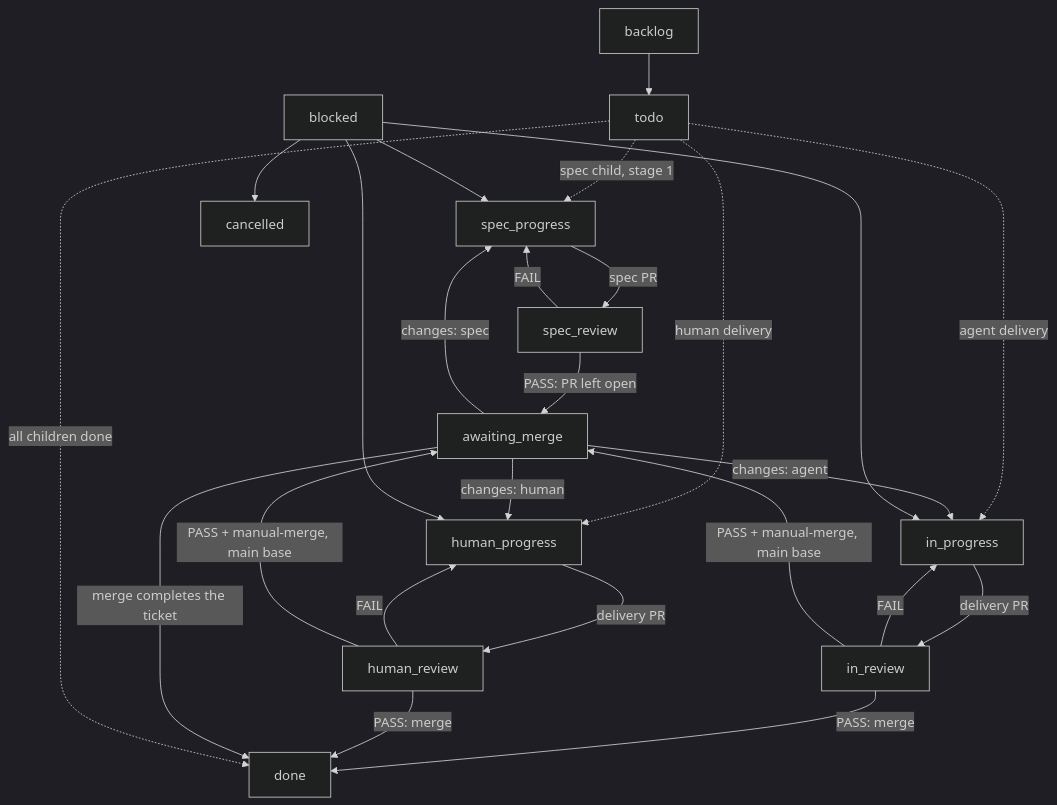
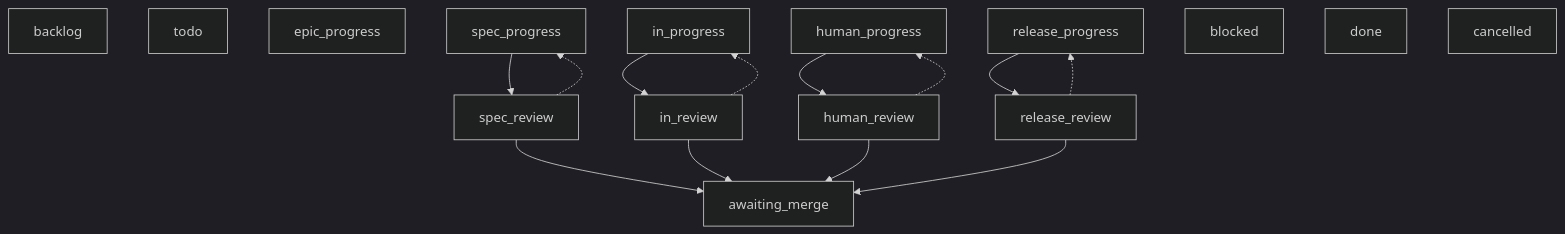
One commit to miran248/multica-workspace changed the diagram in docs/factory.md. Above: the diagram before and after it, drawn with Mermaid (dark theme). The commit also changed other lines of this file and 39 other files, not shown here.

````diff
--- a/docs/factory.md
+++ b/docs/factory.md
@@ -20,27 +25,31 @@
 ```mermaid
 flowchart TD
-  backlog --> todo
-  todo -.->|"spec child, stage 1"| spec_progress
-  todo -.->|"agent delivery"| in_progress
-  todo -.->|"human delivery"| human_progress
-  spec_progress -->|"spec PR"| spec_review
-  spec_review -->|"FAIL"| spec_progress
-  spec_review -->|"PASS: PR left open"| awaiting_merge
-  in_progress -->|"delivery PR"| in_review
-  human_progress -->|"delivery PR"| human_review
-  in_review -->|"FAIL"| in_progress
-  human_review -->|"FAIL"| human_progress
-  in_review -->|"PASS + manual-merge, main base"| awaiting_merge
-  human_review -->|"PASS + manual-merge, main base"| awaiting_merge
-  in_review -->|"PASS: merge"| done
-  human_review -->|"PASS: merge"| done
-  awaiting_merge -->|"merge completes the ticket"| done
-  awaiting_merge -->|"changes: spec"| spec_progress
-  awaiting_merge -->|"changes: agent"| in_progress
-  awaiting_merge -->|"changes: human"| human_progress
-  blocked --> spec_progress
-  blocked --> human_progress
-  blocked --> in_progress
-  blocked --> cancelled
-  todo -.->|"all children done"| done
+  backlog
+  todo
+  epic_progress
+  spec_progress
+  spec_review
+  in_progress
+  human_progress
+  release_progress
+  in_review
+  human_review
+  release_review
+  awaiting_merge
+  blocked
+  done
+  cancelled
+
+  spec_progress --> spec_review
+  spec_review --> awaiting_merge
+  spec_review -.-> spec_progress
+  in_progress --> in_review
+  human_progress --> human_review
+  release_progress --> release_review
+  in_review --> awaiting_merge
+  in_review -.-> in_progress
+  human_review --> awaiting_merge
+  human_review -.-> human_progress
+  release_review --> awaiting_merge
+  release_review -.-> release_progress
 ```
````
